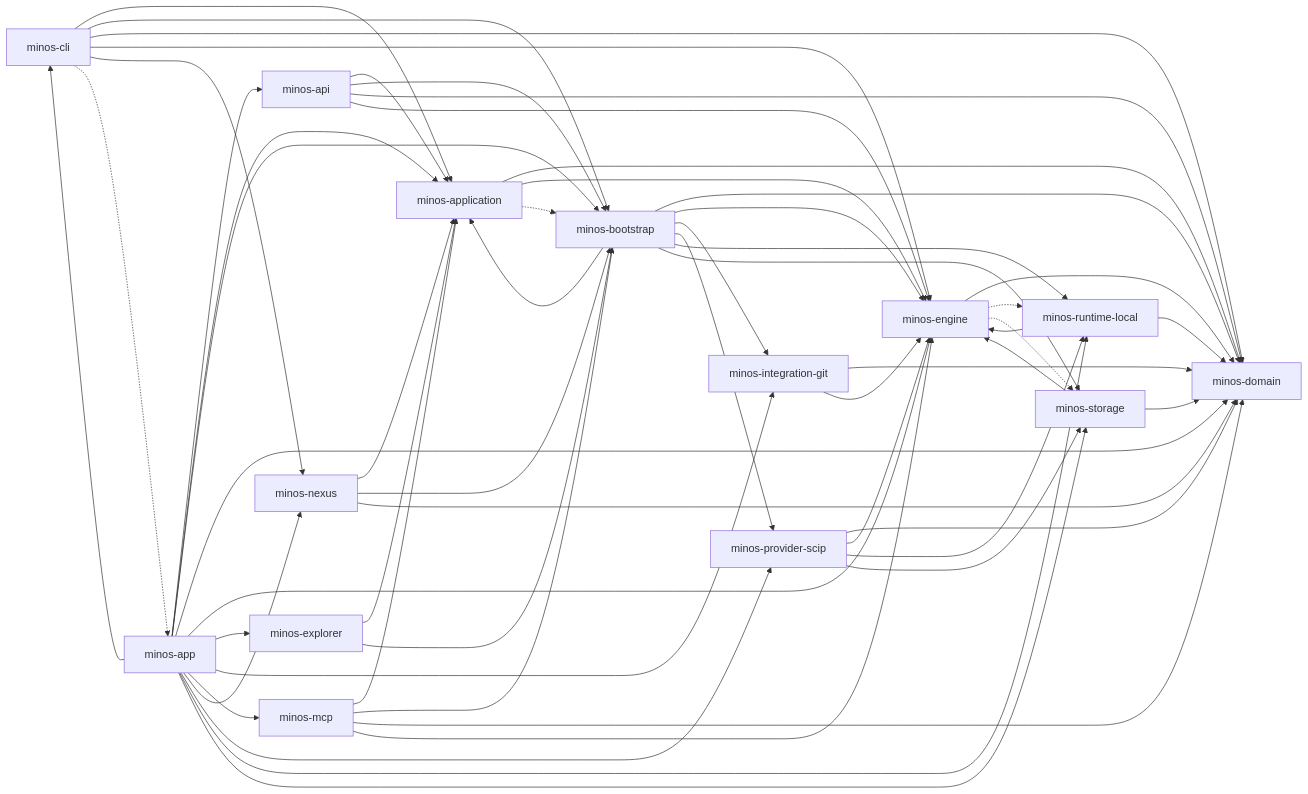
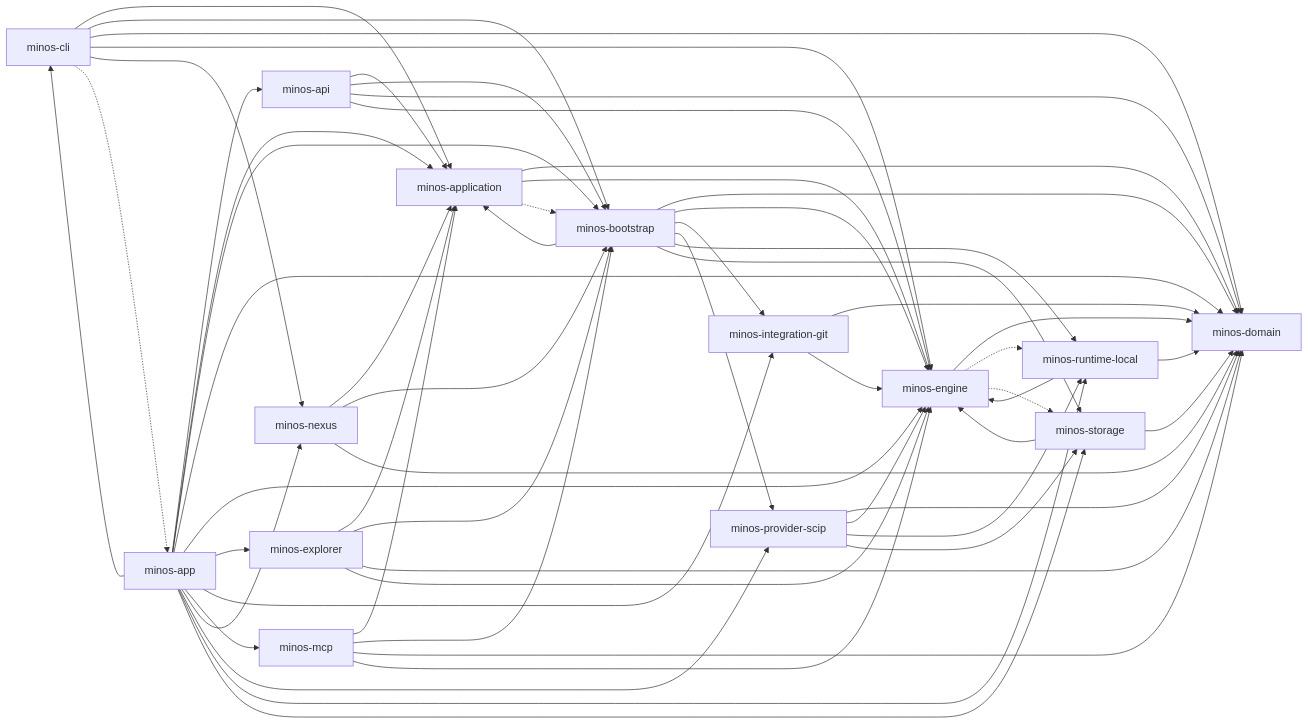
The diagram in docs/architecture/diagrams/module-dependencies.md (FTurleque/minos-code-intelligence), drawn with Mermaid before and after one commit. The commit also changed other lines of this file and 33 other files, not shown here.

````diff
--- a/docs/architecture/diagrams/module-dependencies.md
+++ b/docs/architecture/diagrams/module-dependencies.md
@@ -8,72 +8,74 @@
 ```mermaid
 flowchart LR
     minos_domain["minos-domain"]
     minos_engine["minos-engine"]
     minos_runtime_local["minos-runtime-local"]
     minos_storage["minos-storage"]
     minos_provider_scip["minos-provider-scip"]
     minos_integration_git["minos-integration-git"]
     minos_application["minos-application"]
     minos_bootstrap["minos-bootstrap"]
     minos_nexus["minos-nexus"]
     minos_cli["minos-cli"]
     minos_api["minos-api"]
     minos_mcp["minos-mcp"]
     minos_explorer["minos-explorer"]
     minos_app["minos-app"]
     minos_engine --> minos_domain
     minos_runtime_local --> minos_domain
     minos_runtime_local --> minos_engine
     minos_storage --> minos_domain
     minos_storage --> minos_engine
     minos_provider_scip --> minos_domain
     minos_provider_scip --> minos_engine
     minos_provider_scip --> minos_runtime_local
     minos_provider_scip --> minos_storage
     minos_integration_git --> minos_domain
     minos_integration_git --> minos_engine
     minos_application --> minos_domain
     minos_application --> minos_engine
     minos_bootstrap --> minos_application
     minos_bootstrap --> minos_domain
     minos_bootstrap --> minos_engine
     minos_bootstrap --> minos_integration_git
     minos_bootstrap --> minos_provider_scip
     minos_bootstrap --> minos_runtime_local
     minos_bootstrap --> minos_storage
     minos_nexus --> minos_application
     minos_nexus --> minos_bootstrap
     minos_nexus --> minos_domain
     minos_cli --> minos_application
     minos_cli --> minos_bootstrap
     minos_cli --> minos_domain
     minos_cli --> minos_engine
     minos_cli --> minos_nexus
     minos_api --> minos_application
     minos_api --> minos_bootstrap
     minos_api --> minos_domain
     minos_api --> minos_engine
     minos_mcp --> minos_application
     minos_mcp --> minos_bootstrap
     minos_mcp --> minos_domain
     minos_mcp --> minos_engine
     minos_explorer --> minos_application
     minos_explorer --> minos_bootstrap
+    minos_explorer --> minos_domain
+    minos_explorer --> minos_engine
     minos_app --> minos_api
     minos_app --> minos_application
     minos_app --> minos_bootstrap
     minos_app --> minos_cli
     minos_app --> minos_domain
     minos_app --> minos_engine
     minos_app --> minos_explorer
     minos_app --> minos_integration_git
     minos_app --> minos_mcp
     minos_app --> minos_nexus
     minos_app --> minos_provider_scip
     minos_app --> minos_runtime_local
     minos_app --> minos_storage
     minos_application -.-> minos_bootstrap
     minos_cli -.-> minos_app
     minos_engine -.-> minos_runtime_local
     minos_engine -.-> minos_storage
 ```
````
